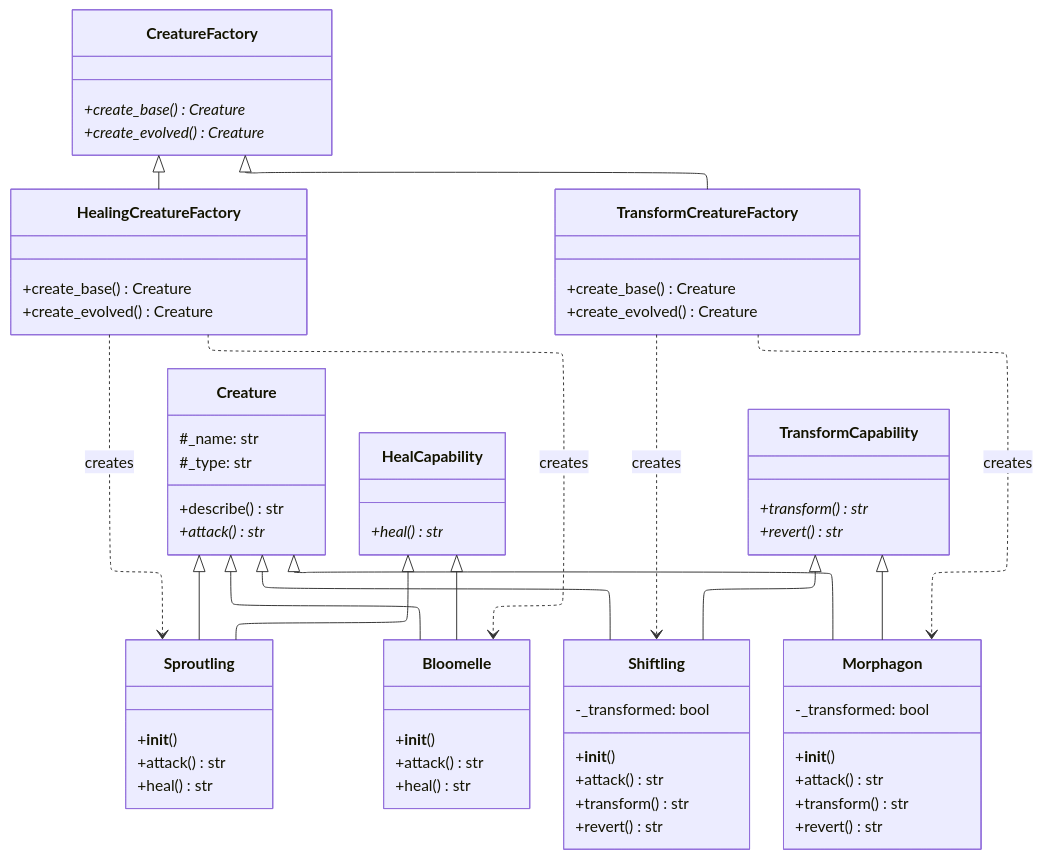
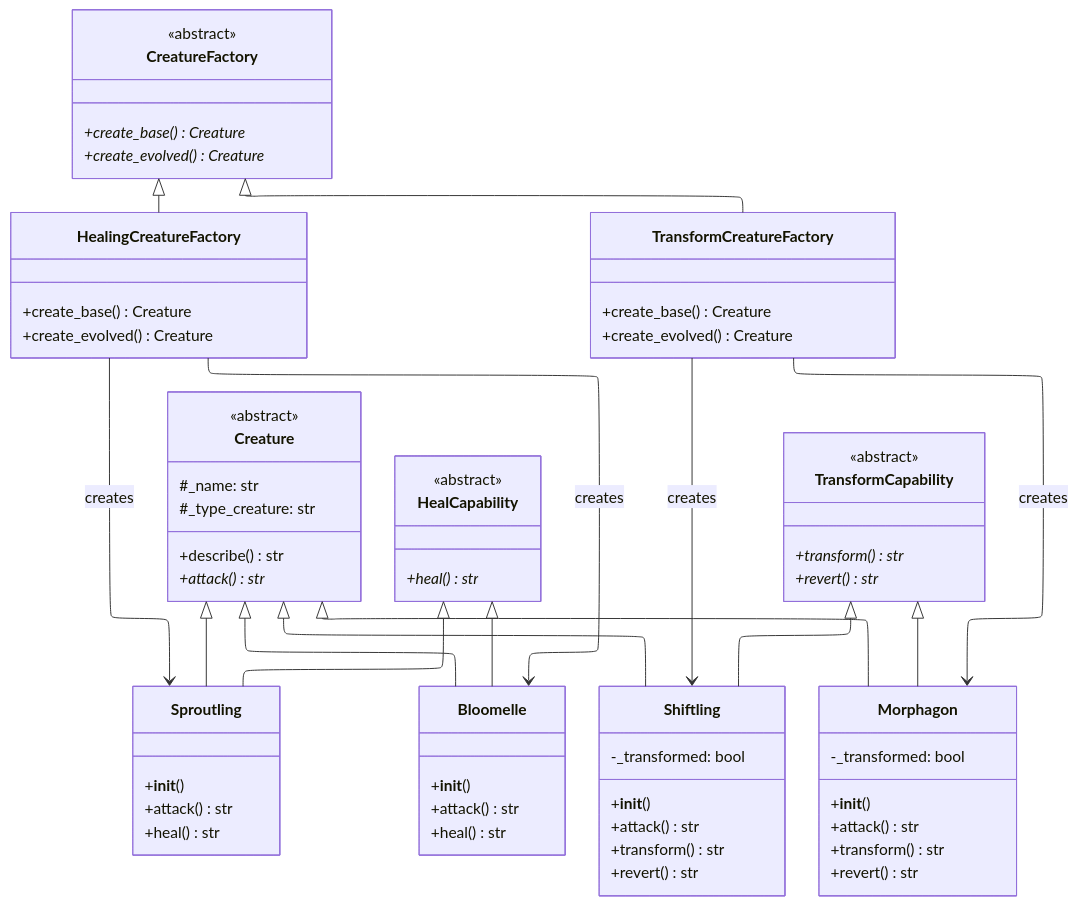
The diagram in ex1/readme.md (crlscb/python07), drawn with Mermaid before and after one commit. The commit also changed 3 other files, not shown here.

````diff
--- a/ex1/readme.md
+++ b/ex1/readme.md
@@ -6,34 +6,38 @@
   layout: elk
 ---
 classDiagram
+
     class Creature {
+        <<abstract>>
         #_name: str
-        #_type: str
+        #_type_creature: str
         +describe() str
         +attack()* str
     }
-    
+
     class HealCapability {
+        <<abstract>>
         +heal()* str
     }
-    
+
     class TransformCapability {
+        <<abstract>>
         +transform()* str
         +revert()* str
     }
-    
+
     class Sproutling {
         +__init__()
         +attack() str
         +heal() str
     }
-    
+
     class Bloomelle {
         +__init__()
         +attack() str
         +heal() str
     }
-    
+
     class Shiftling {
         -_transformed: bool
         +__init__()
@@ -41,7 +45,7 @@
         +transform() str
         +revert() str
     }
-    
+
     class Morphagon {
         -_transformed: bool
         +__init__()
@@ -49,34 +53,40 @@
         +transform() str
         +revert() str
     }
-    
+
     class CreatureFactory {
+        <<abstract>>
         +create_base()* Creature
         +create_evolved()* Creature
     }
-    
+
     class HealingCreatureFactory {
         +create_base() Creature
         +create_evolved() Creature
     }
-    
+
     class TransformCreatureFactory {
         +create_base() Creature
         +create_evolved() Creature
     }
-    
+
     Creature <|-- Sproutling
     Creature <|-- Bloomelle
     Creature <|-- Shiftling
     Creature <|-- Morphagon
+
     HealCapability <|-- Sproutling
     HealCapability <|-- Bloomelle
+
     TransformCapability <|-- Shiftling
     TransformCapability <|-- Morphagon
+
     CreatureFactory <|-- HealingCreatureFactory
     CreatureFactory <|-- TransformCreatureFactory
-    HealingCreatureFactory ..> Sproutling: creates
-    HealingCreatureFactory ..> Bloomelle: creates
-    TransformCreatureFactory ..> Shiftling: creates
-    TransformCreatureFactory ..> Morphagon: creates
+
+    HealingCreatureFactory --> Sproutling : creates
+    HealingCreatureFactory --> Bloomelle : creates
+
+    TransformCreatureFactory --> Shiftling : creates
+    TransformCreatureFactory --> Morphagon : creates
 ```
````
